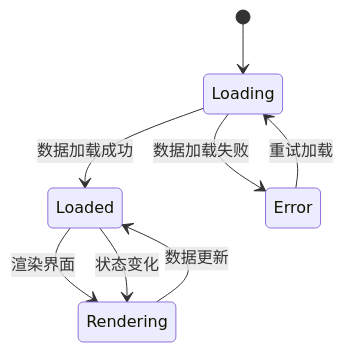
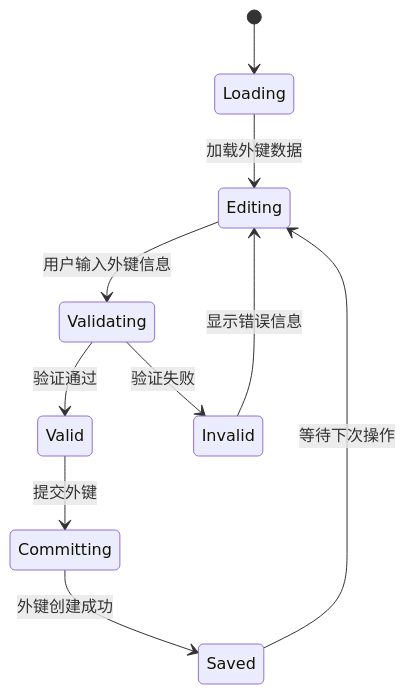
Before and after one commit to wwenbo2048/nexsql: the tenth of 16 diagrams in .qoder/repowiki/zh/content/前端组件系统/表设计组件.md, drawn with Mermaid. The commit also changed other lines of this file and 19 other files, not shown here.

````diff
--- a/.qoder/repowiki/zh/content/前端组件系统/表设计组件.md
+++ b/.qoder/repowiki/zh/content/前端组件系统/表设计组件.md
@@ -317,10 +517,12 @@
 ```mermaid
 stateDiagram-v2
 [*] --> Loading
-Loading --> Loaded : 数据加载成功
-Loading --> Error : 数据加载失败
-Loaded --> Rendering : 渲染界面
-Error --> Loading : 重试加载
-Rendering --> Loaded : 数据更新
-Loaded --> Rendering : 状态变化
+Loading --> Editing : 加载外键数据
+Editing --> Validating : 用户输入外键信息
+Validating --> Valid : 验证通过
+Validating --> Invalid : 验证失败
+Invalid --> Editing : 显示错误信息
+Valid --> Committing : 提交外键
+Committing --> Saved : 外键创建成功
+Saved --> Editing : 等待下次操作
 ```
````
